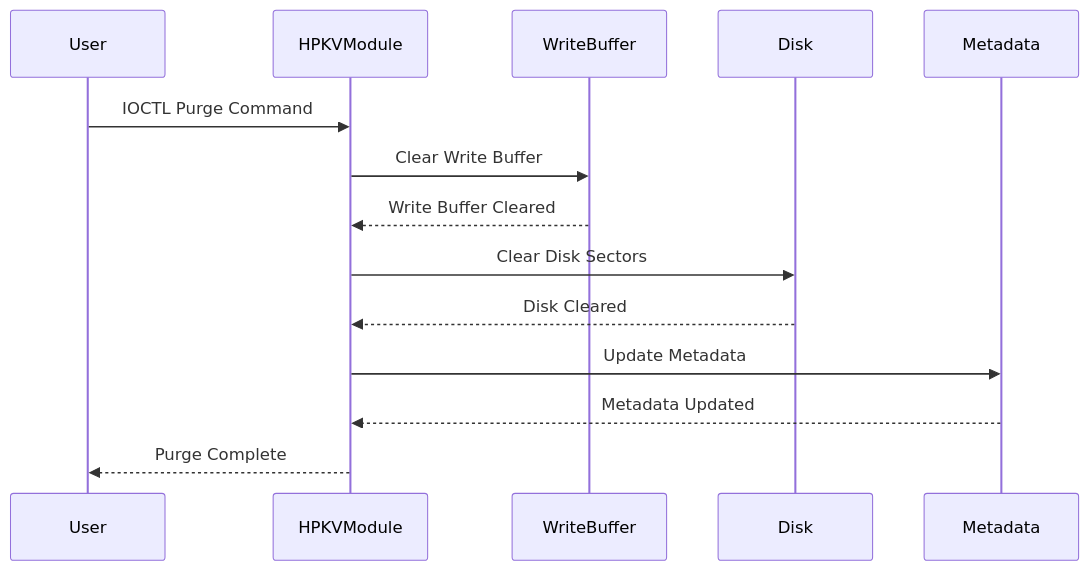
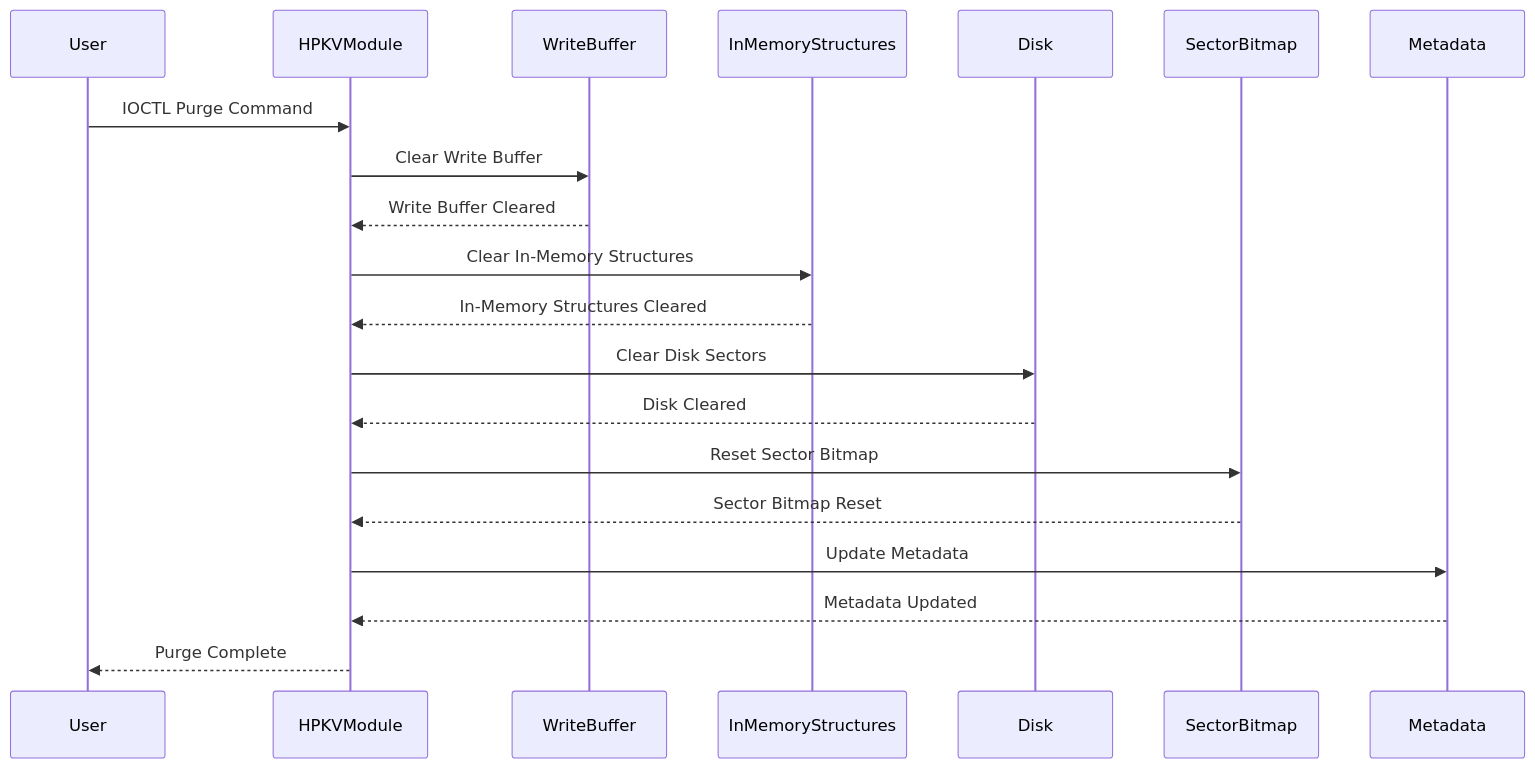
One commit to mehrantsi/high-performance-kv-store changed the ninth of 10 diagrams in TechnicalDesign.md. Above: the diagram before and after it, drawn with Mermaid. The commit also changed other lines of this file, not shown here.

````diff
--- a/TechnicalDesign.md
+++ b/TechnicalDesign.md
@@ -533,17 +522,23 @@
 ```mermaid
 sequenceDiagram
     participant User
     participant HPKVModule
     participant WriteBuffer
+    participant InMemoryStructures
     participant Disk
+    participant SectorBitmap
     participant Metadata
 
     User->>HPKVModule: IOCTL Purge Command
     HPKVModule->>WriteBuffer: Clear Write Buffer
     WriteBuffer-->>HPKVModule: Write Buffer Cleared
+    HPKVModule->>InMemoryStructures: Clear In-Memory Structures
+    InMemoryStructures-->>HPKVModule: In-Memory Structures Cleared
     HPKVModule->>Disk: Clear Disk Sectors
     Disk-->>HPKVModule: Disk Cleared
+    HPKVModule->>SectorBitmap: Reset Sector Bitmap
+    SectorBitmap-->>HPKVModule: Sector Bitmap Reset
     HPKVModule->>Metadata: Update Metadata
     Metadata-->>HPKVModule: Metadata Updated
     HPKVModule-->>User: Purge Complete
 ```
````
